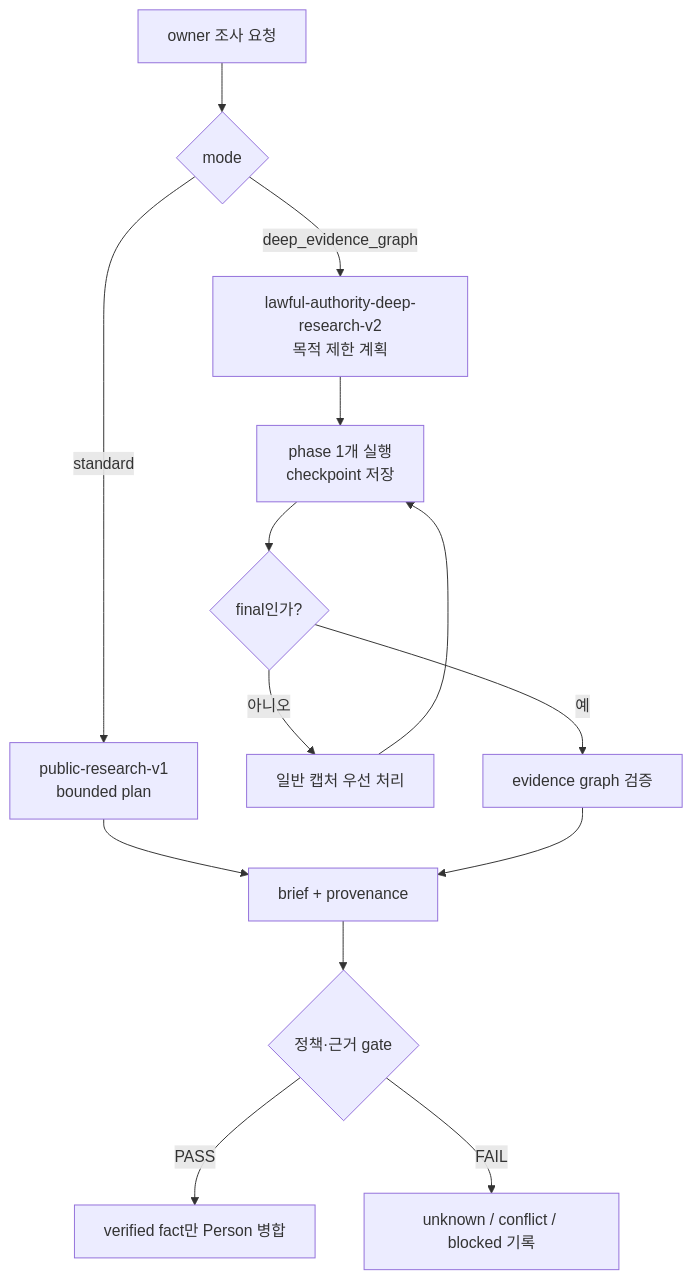
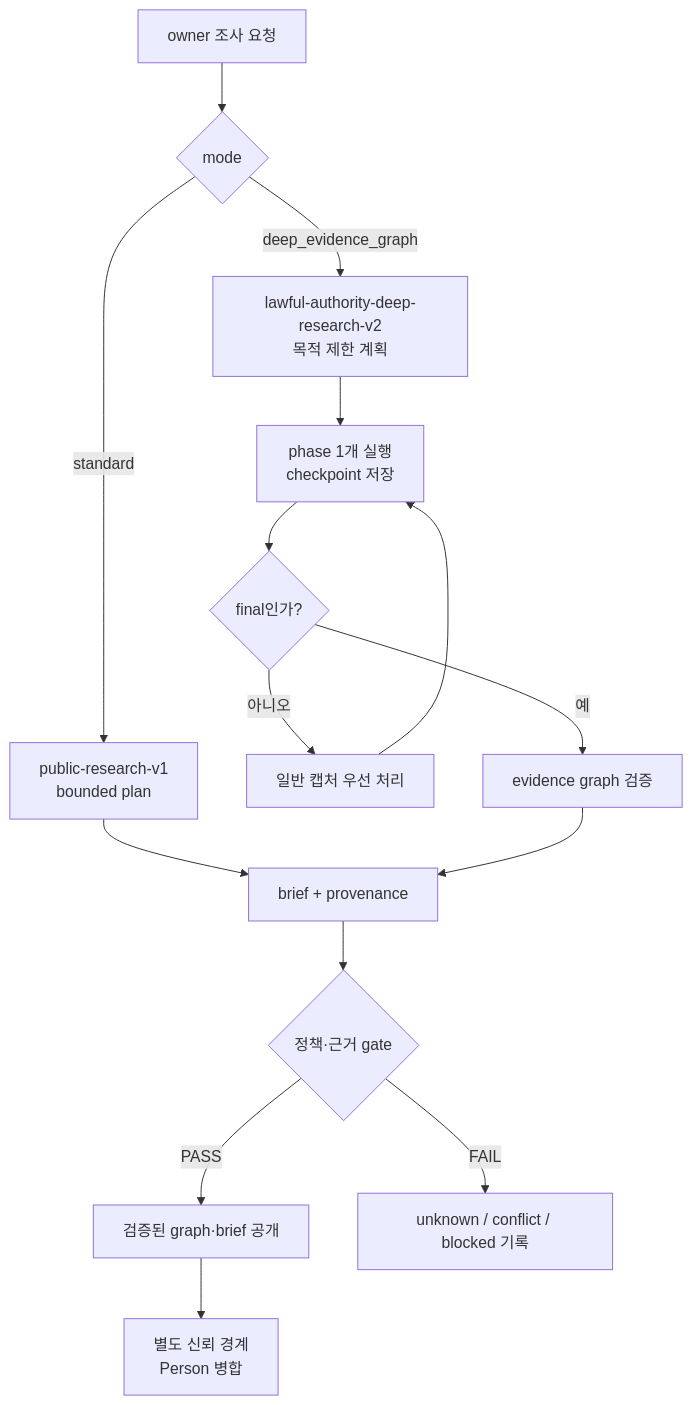
One commit to guecom/card-capture changed the diagram in PROCESSING_CONTRACT.md. Above: the diagram before and after it, drawn with Mermaid. The commit also changed other lines of this file and 28 other files, not shown here.

````diff
--- a/PROCESSING_CONTRACT.md
+++ b/PROCESSING_CONTRACT.md
@@ -7,16 +7,17 @@
 ```mermaid
 flowchart TD
     A["owner 조사 요청"] --> B{"mode"}
     B -->|"standard"| C["public-research-v1<br/>bounded plan"]
     B -->|"deep_evidence_graph"| D["lawful-authority-deep-research-v2<br/>목적 제한 계획"]
     D --> E["phase 1개 실행<br/>checkpoint 저장"]
     E --> F{"final인가?"}
     F -->|"아니오"| G["일반 캡처 우선 처리"]
     G --> E
     F -->|"예"| H["evidence graph 검증"]
     C --> I["brief + provenance"]
     H --> I
     I --> J{"정책·근거 gate"}
-    J -->|"PASS"| K["verified fact만 Person 병합"]
+    J -->|"PASS"| K["검증된 graph·brief 공개"]
     J -->|"FAIL"| L["unknown / conflict / blocked 기록"]
+    K --> M["별도 신뢰 경계<br/>Person 병합"]
 ```
````
